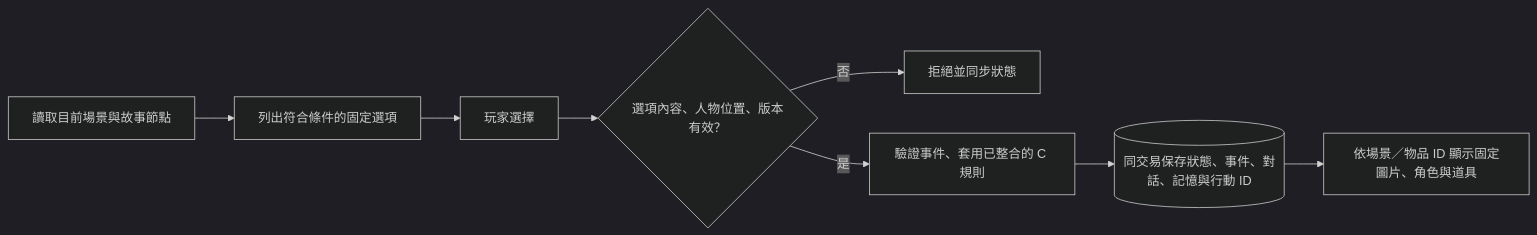
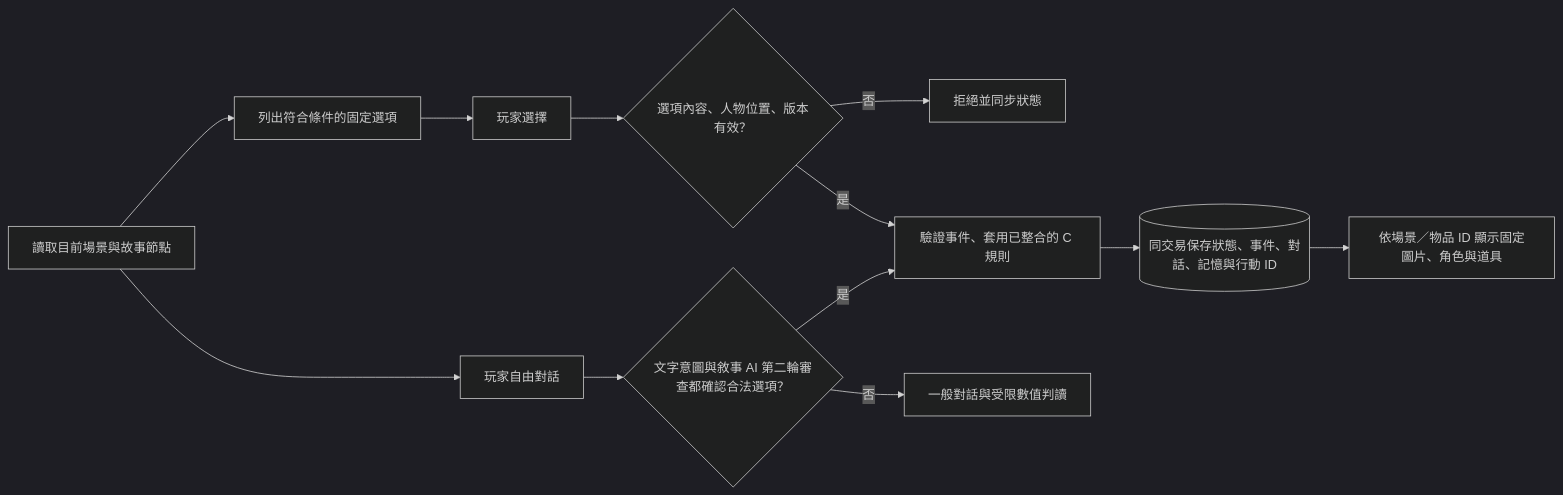
Before and after one commit to sophia112306/rag-npc-game: the first of 2 diagrams in docs/PRESET_STORY_FLOW.md, drawn with Mermaid (dark theme). The commit also changed other lines of this file and 6 other files, not shown here.

````diff
--- a/docs/PRESET_STORY_FLOW.md
+++ b/docs/PRESET_STORY_FLOW.md
@@ -7,10 +7,14 @@
 ```mermaid
 flowchart LR
     A[讀取目前場景與故事節點] --> B[列出符合條件的固定選項]
     B --> C[玩家選擇]
     C --> D{選項內容、人物位置、版本有效？}
     D -->|否| E[拒絕並同步狀態]
     D -->|是| F[驗證事件、套用已整合的 C 規則]
+    A --> I[玩家自由對話]
+    I --> J{文字意圖與敘事 AI 第二輪審查都確認合法選項？}
+    J -->|是| F
+    J -->|否| K[一般對話與受限數值判讀]
     F --> G[(同交易保存狀態、事件、對話、記憶與行動 ID)]
     G --> H[依場景／物品 ID 顯示固定圖片、角色與道具]
 ```
````
